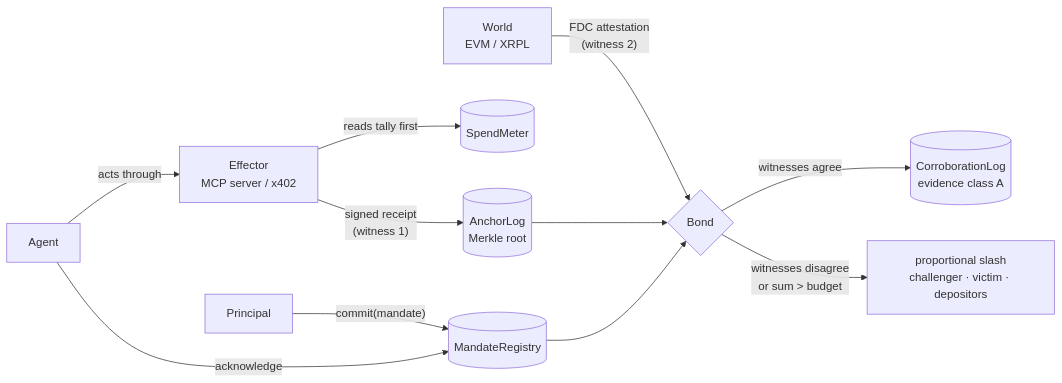
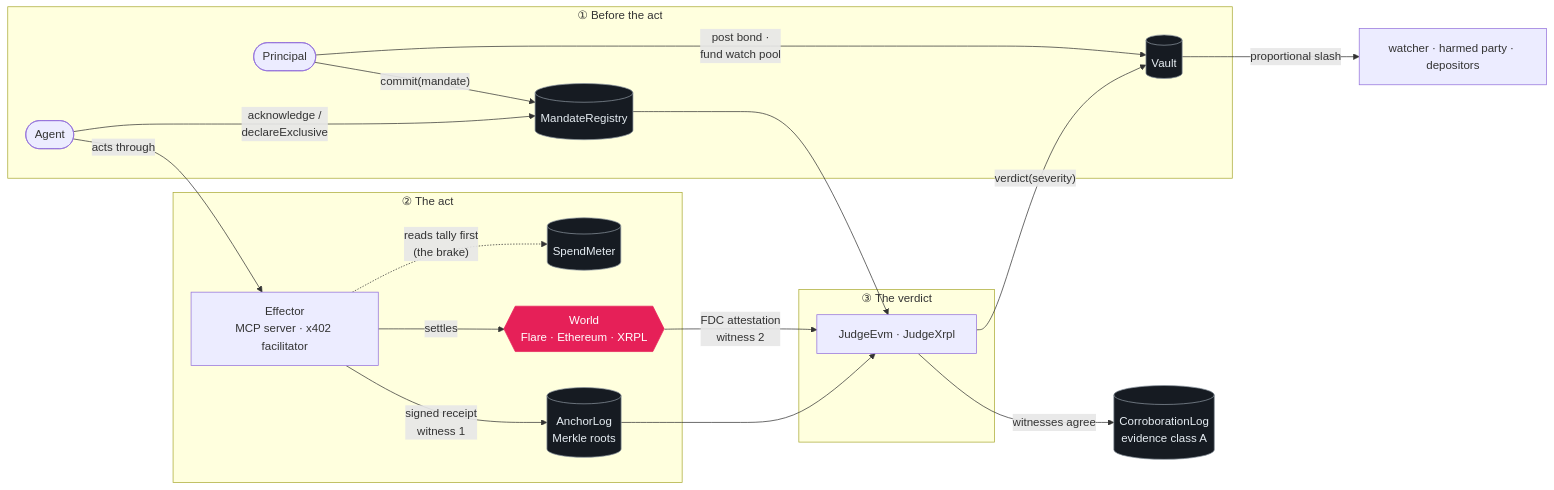
Before and after one commit to dziuba0x/delicti: the second of 11 diagrams in README.md, drawn with Mermaid. The commit also changed other lines of this file and 7 other files, not shown here.

````diff
--- a/README.md
+++ b/README.md
@@ -36,13 +59,27 @@
 ```mermaid
 flowchart LR
-    P[Principal] -- "commit(mandate)" --> MR[(MandateRegistry)]
-    A[Agent] -- "acknowledge" --> MR
-    A -- acts through --> E[Effector<br/>MCP server / x402]
-    E -- "reads tally first" --> SM[(SpendMeter)]
-    E -- "signed receipt<br/>(witness 1)" --> AL[(AnchorLog<br/>Merkle root)]
-    W[World<br/>EVM / XRPL] -- "FDC attestation<br/>(witness 2)" --> B{Bond}
-    AL --> B
-    MR --> B
-    B -- "witnesses agree" --> CL[(CorroborationLog<br/>evidence class A)]
-    B -- "witnesses disagree<br/>or sum > budget" --> S[proportional slash<br/>challenger · victim · depositors]
+    subgraph COMMIT["① Before the act"]
+        P([Principal]) -- "commit(mandate)" --> MR[(MandateRegistry)]
+        A([Agent]) -- "acknowledge /<br/>declareExclusive" --> MR
+        P -- "post bond ·<br/>fund watch pool" --> V
+    end
+    subgraph ACT["② The act"]
+        A -- "acts through" --> E[Effector<br/>MCP server · x402 facilitator]
+        E -. "reads tally first<br/>(the brake)" .-> SM[(SpendMeter)]
+        E -- "signed receipt<br/>witness 1" --> AL[(AnchorLog<br/>Merkle roots)]
+        E -- "settles" --> W{{World<br/>Flare · Ethereum · XRPL}}
+    end
+    subgraph JUDGE["③ The verdict"]
+        W -- "FDC attestation<br/>witness 2" --> J[JudgeEvm · JudgeXrpl]
+        AL --> J
+        MR --> J
+        J -- "verdict(severity)" --> V[(Vault)]
+    end
+    V -- "proportional slash" --> S[watcher · harmed party · depositors]
+    J -- "witnesses agree" --> CL[(CorroborationLog<br/>evidence class A)]
+
+    classDef chain fill:#e62058,stroke:#e62058,color:#fff
+    classDef store fill:#161b22,stroke:#8b949e,color:#e6edf3
+    class W chain
+    class MR,AL,SM,V,CL store
 ```
````
